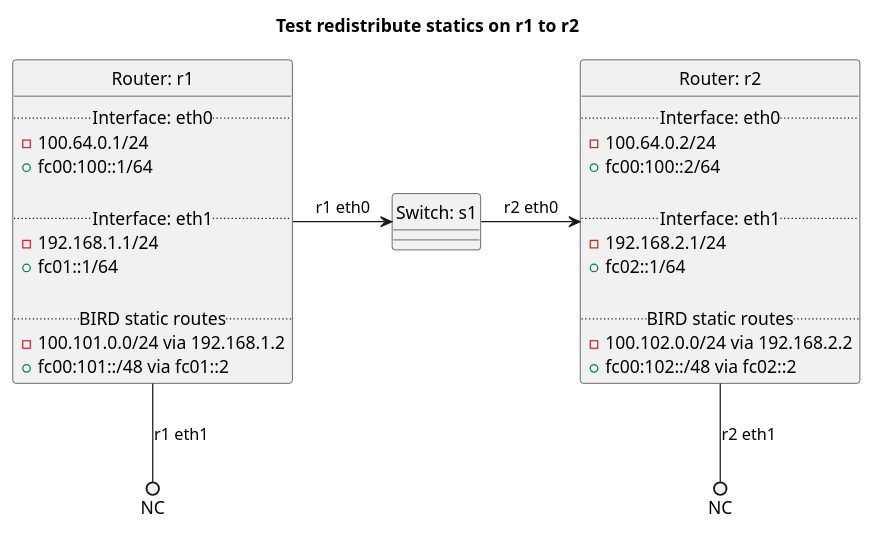
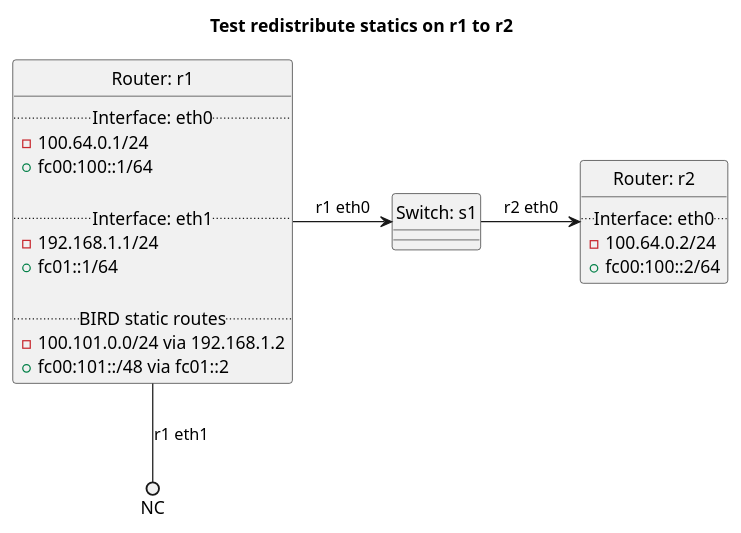
The diagram in tests/t40_bgp/t36_redistribute_static/README.md (oscdev-io/birdplan), drawn with PlantUML before and after one commit. The commit also changed other lines of this file and 1785 other files, not shown here.

````diff
--- a/tests/t40_bgp/t36_redistribute_static/README.md
+++ b/tests/t40_bgp/t36_redistribute_static/README.md
@@ -8,46 +19,38 @@
 ```plantuml
 @startuml
 hide circle
 title Test redistribute statics on r1 to r2
 
 
 class "Router: r1" {
   .. Interface: eth0 ..
 - 100.64.0.1/24
 + fc00:100::1/64
 
   .. Interface: eth1 ..
 - 192.168.1.1/24
 + fc01::1/64
 
   .. BIRD static routes ..
 - 100.101.0.0/24 via 192.168.1.2
 + fc00:101::/48 via fc01::2
 }
 
 
 class "Router: r2" {
   .. Interface: eth0 ..
 - 100.64.0.2/24
 + fc00:100::2/64
-
-  .. Interface: eth1 ..
-- 192.168.2.1/24
-+ fc02::1/64
-
-  .. BIRD static routes ..
-- 100.102.0.0/24 via 192.168.2.2
-+ fc00:102::/48 via fc02::2
 }
 
 
 class "Switch: s1" {}
 
 
 "Router: r1" -> "Switch: s1": r1 eth0
 "Switch: s1" -> "Router: r2": r2 eth0
 "Router: r1" --() NC: r1 eth1
-"Router: r2" --() NC: r2 eth1
+
 
 @enduml
 ```
````
